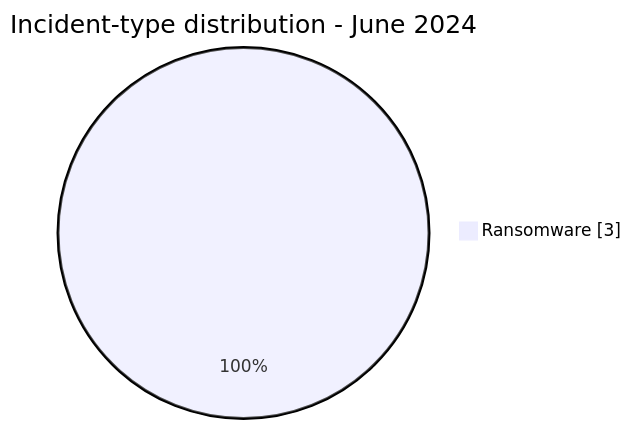
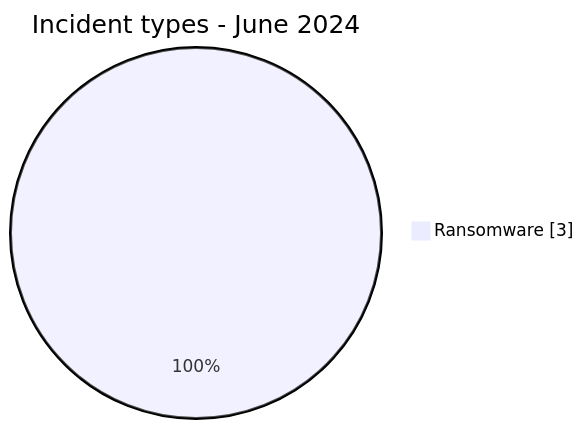
One commit to Hatchepsoute/AFRINTEL changed the first of 3 diagrams in CyberAttackAfrica/2024/06-june/README.md. Above: the diagram before and after it, drawn with Mermaid. The commit also changed other lines of this file and 60 other files, not shown here.

````diff
--- a/CyberAttackAfrica/2024/06-june/README.md
+++ b/CyberAttackAfrica/2024/06-june/README.md
@@ -48,5 +53,5 @@
 ```mermaid
 pie showData
-    title Incident-type distribution - June 2024
+    title Incident types - June 2024
     "Ransomware" : 3
 ```
````
